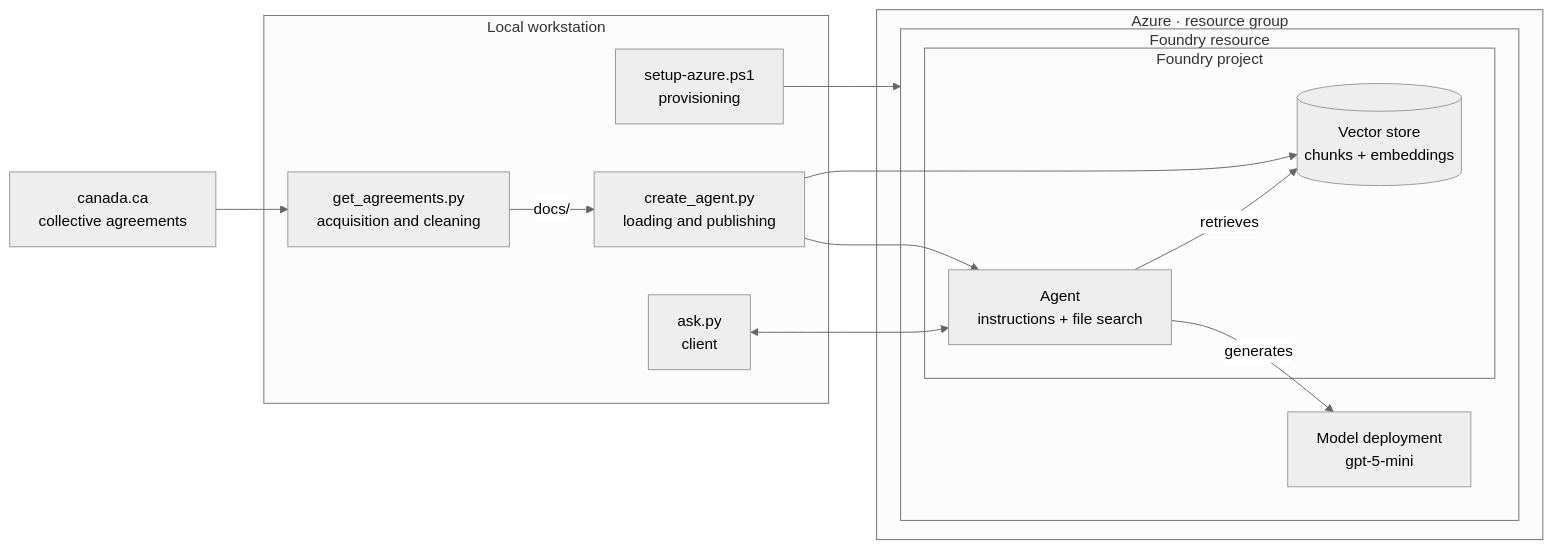
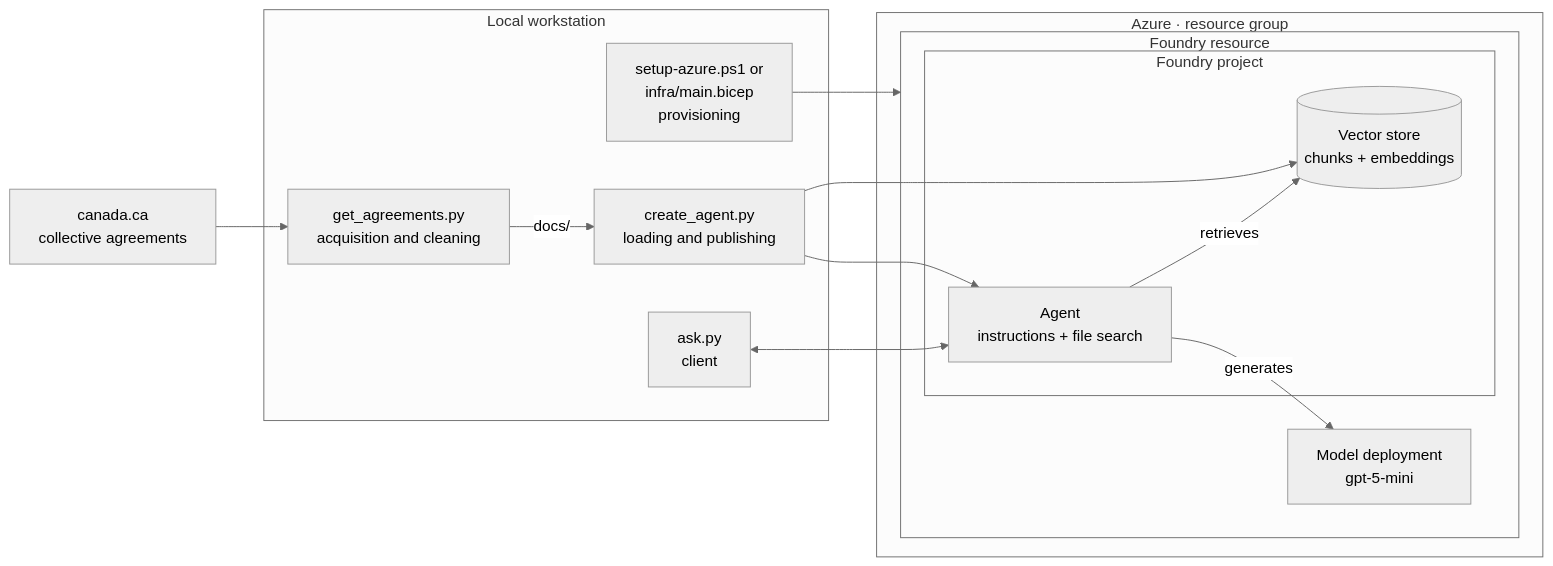
The first of 3 diagrams in README.md (alexivieni/gc-pay-agent), drawn with Mermaid (neutral theme) before and after one commit. The commit also changed other lines of this file and 3 other files, not shown here.

Commit message:
Add Bicep template alongside the provisioning script - Flexibility

````diff
--- a/README.md
+++ b/README.md
@@ -63,26 +63,26 @@
 ```mermaid
 flowchart LR
   subgraph WS["Local workstation"]
-    S1["setup-azure.ps1<br/>provisioning"]
+    S1["setup-azure.ps1 or<br/>infra/main.bicep<br/>provisioning"]
     S2["get_agreements.py<br/>acquisition and cleaning"]
     S3["create_agent.py<br/>loading and publishing"]
     S4["ask.py<br/>client"]
     S2 -->|"docs/"| S3
   end
   subgraph AZ["Azure · resource group"]
     subgraph FR["Foundry resource"]
       subgraph PJ["Foundry project"]
         VS[("Vector store<br/>chunks + embeddings")]
         AG["Agent<br/>instructions + file search"]
       end
       MD["Model deployment<br/>gpt-5-mini"]
     end
   end
   SRC["canada.ca<br/>collective agreements"] --> S2
   S1 --> FR
   S3 --> VS
   S3 --> AG
   S4 <--> AG
   AG -->|"retrieves"| VS
   AG -->|"generates"| MD
 ```
````
